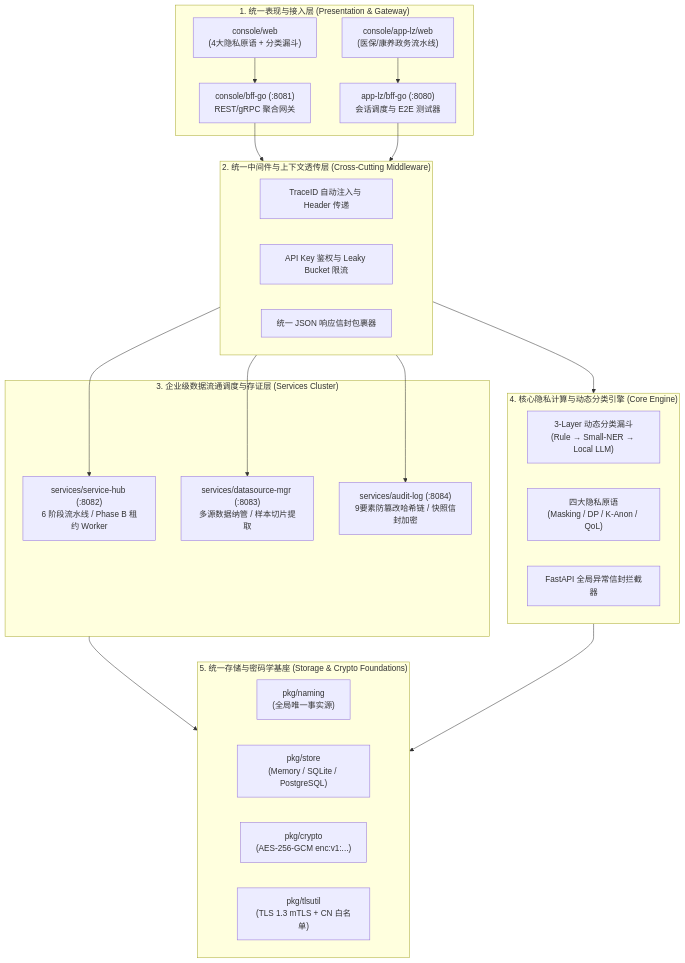
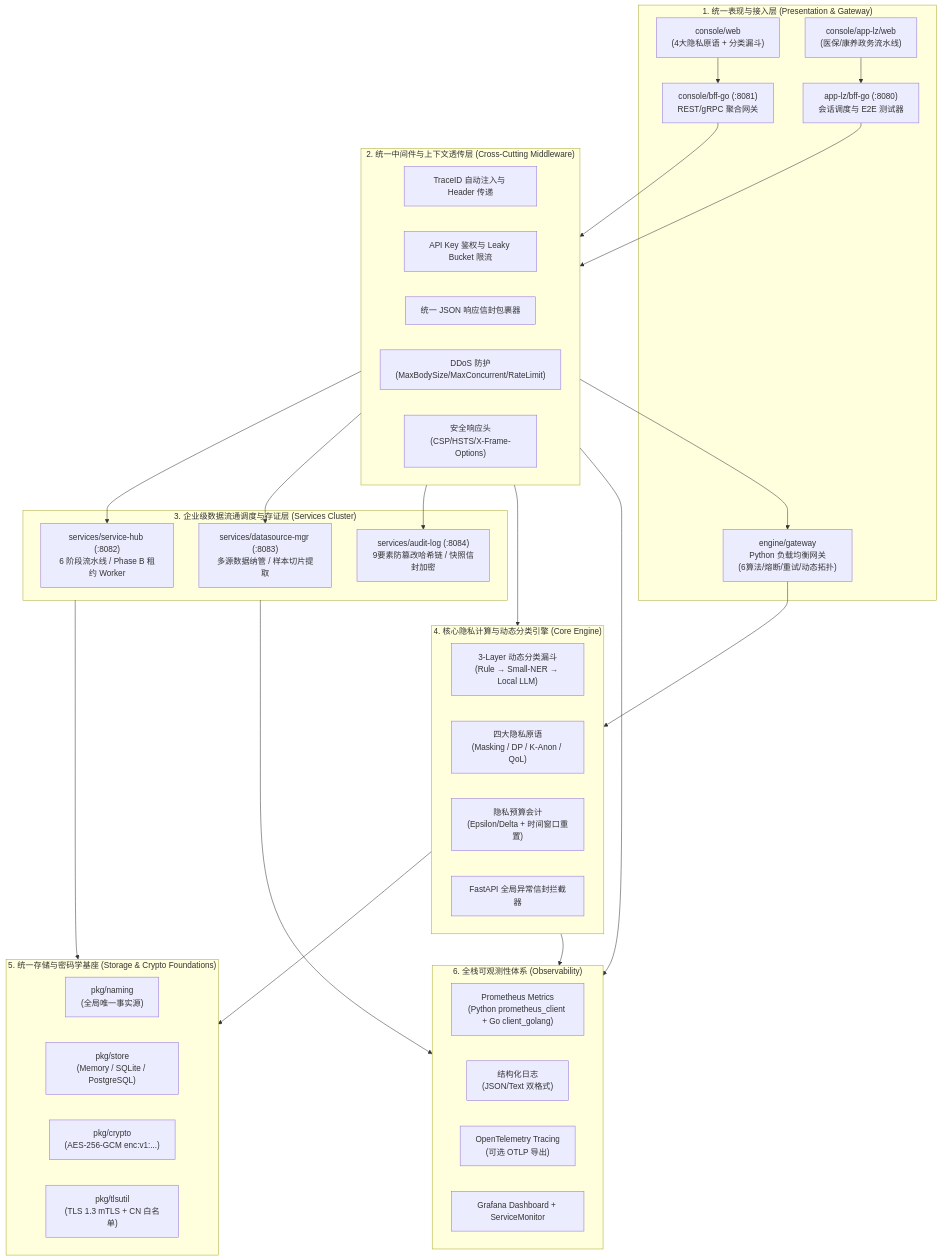
The diagram in docs/archive/unified_design.md (fengzhizi319/PrivShield), drawn with Mermaid before and after one commit. The commit also changed other lines of this file, not shown here.

First line of the commit message:
docs(unified-design): supplement missing architecture sections — observability, resilience, production infrastructure

````diff
--- a/docs/archive/unified_design.md
+++ b/docs/archive/unified_design.md
@@ -48,41 +48,57 @@
 ```mermaid
 flowchart TD
     subgraph LayerPresentation ["1. 统一表现与接入层 (Presentation & Gateway)"]
         WebFull["console/web<br/>(4大隐私原语 + 分类漏斗)"]
         WebAppLZ["console/app-lz/web<br/>(医保/康养政务流水线)"]
         BFFGo["console/bff-go (:8081)<br/>REST/gRPC 聚合网关"]
         BFFLZ["app-lz/bff-go (:8080)<br/>会话调度与 E2E 测试器"]
+        PyGW["engine/gateway<br/>Python 负载均衡网关<br/>(6算法/熔断/重试/动态拓扑)"]
     end
 
     subgraph LayerMiddleware ["2. 统一中间件与上下文透传层 (Cross-Cutting Middleware)"]
         TraceMW["TraceID 自动注入与 Header 传递"]
         AuthMW["API Key 鉴权与 Leaky Bucket 限流"]
         EnvelopeMW["统一 JSON 响应信封包裹器"]
+        DDoSMW["DDoS 防护<br/>(MaxBodySize/MaxConcurrent/RateLimit)"]
+        SecHeaders["安全响应头<br/>(CSP/HSTS/X-Frame-Options)"]
     end
 
     subgraph LayerGovernance ["3. 企业级数据流通调度与存证层 (Services Cluster)"]
         Hub["services/service-hub (:8082)<br/>6 阶段流水线 / Phase B 租约 Worker"]
         DSMgr["services/datasource-mgr (:8083)<br/>多源数据纳管 / 样本切片提取"]
         Audit["services/audit-log (:8084)<br/>9要素防篡改哈希链 / 快照信封加密"]
     end
 
     subgraph LayerCoreCompute ["4. 核心隐私计算与动态分类引擎 (Core Engine)"]
         Funnel["3-Layer 动态分类漏斗<br/>(Rule → Small-NER → Local LLM)"]
         Primitives["四大隐私原语<br/>(Masking / DP / K-Anon / QoL)"]
+        Budget["隐私预算会计<br/>(Epsilon/Delta + 时间窗口重置)"]
         EngineMW["FastAPI 全局异常信封拦截器"]
     end
 
     subgraph LayerStorageSecurity ["5. 统一存储与密码学基座 (Storage & Crypto Foundations)"]
         SSOT["pkg/naming<br/>(全局唯一事实源)"]
         StoreFacade["pkg/store<br/>(Memory / SQLite / PostgreSQL)"]
         EnvelopeCrypto["pkg/crypto<br/>(AES-256-GCM enc:v1:...)"]
         mTLSAuth["pkg/tlsutil<br/>(TLS 1.3 mTLS + CN 白名单)"]
     end
 
+    subgraph LayerObservability ["6. 全栈可观测性体系 (Observability)"]
+        Metrics["Prometheus Metrics<br/>(Python prometheus_client + Go client_golang)"]
+        StructLog["结构化日志<br/>(JSON/Text 双格式)"]
+        Tracing["OpenTelemetry Tracing<br/>(可选 OTLP 导出)"]
+        Grafana["Grafana Dashboard + ServiceMonitor"]
+    end
+
     WebFull --> BFFGo
     WebAppLZ --> BFFLZ
     BFFGo & BFFLZ --> LayerMiddleware
     LayerMiddleware --> Hub & DSMgr & Audit & LayerCoreCompute
+    LayerMiddleware --> PyGW
+    PyGW --> LayerCoreCompute
     LayerGovernance --> LayerStorageSecurity
     LayerCoreCompute --> LayerStorageSecurity
+    LayerCoreCompute --> LayerObservability
+    LayerGovernance --> LayerObservability
+    LayerMiddleware --> LayerObservability
 ```
````
